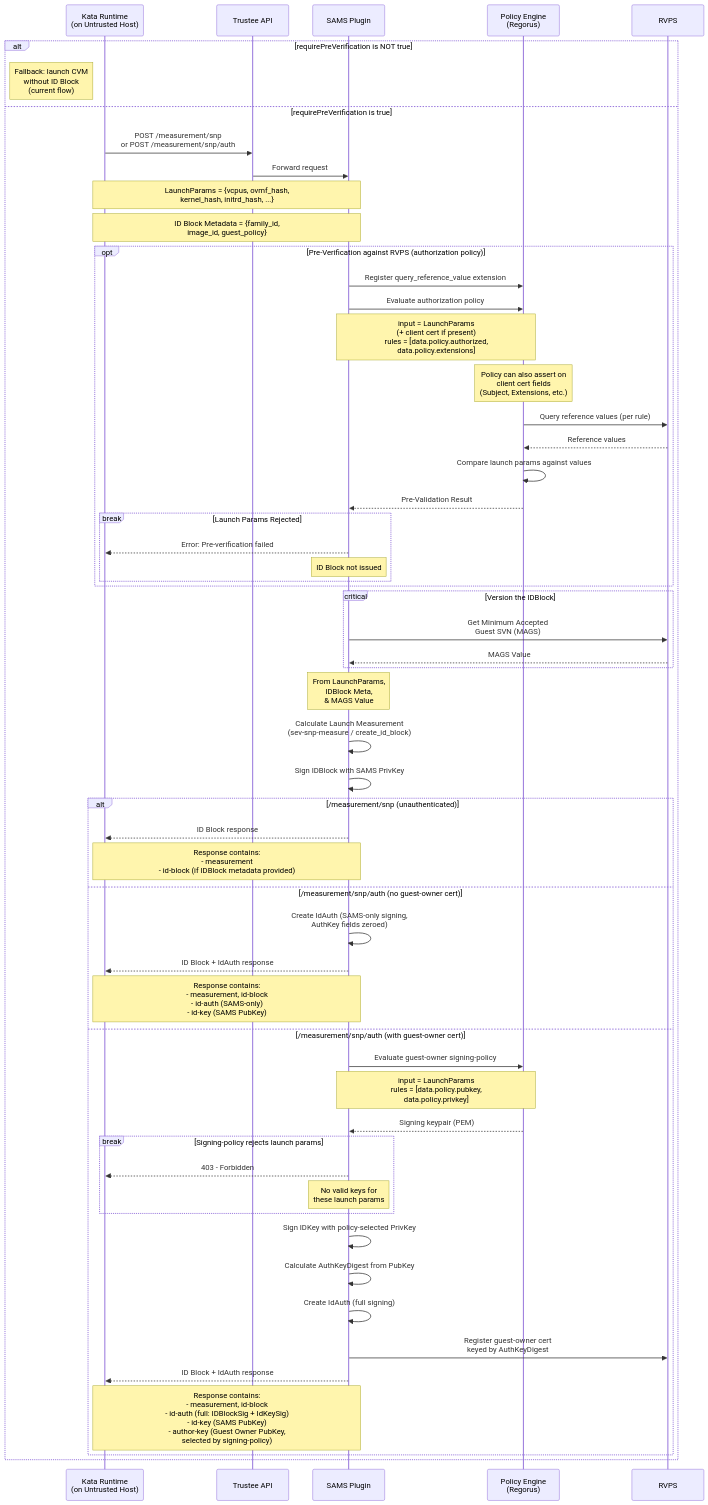
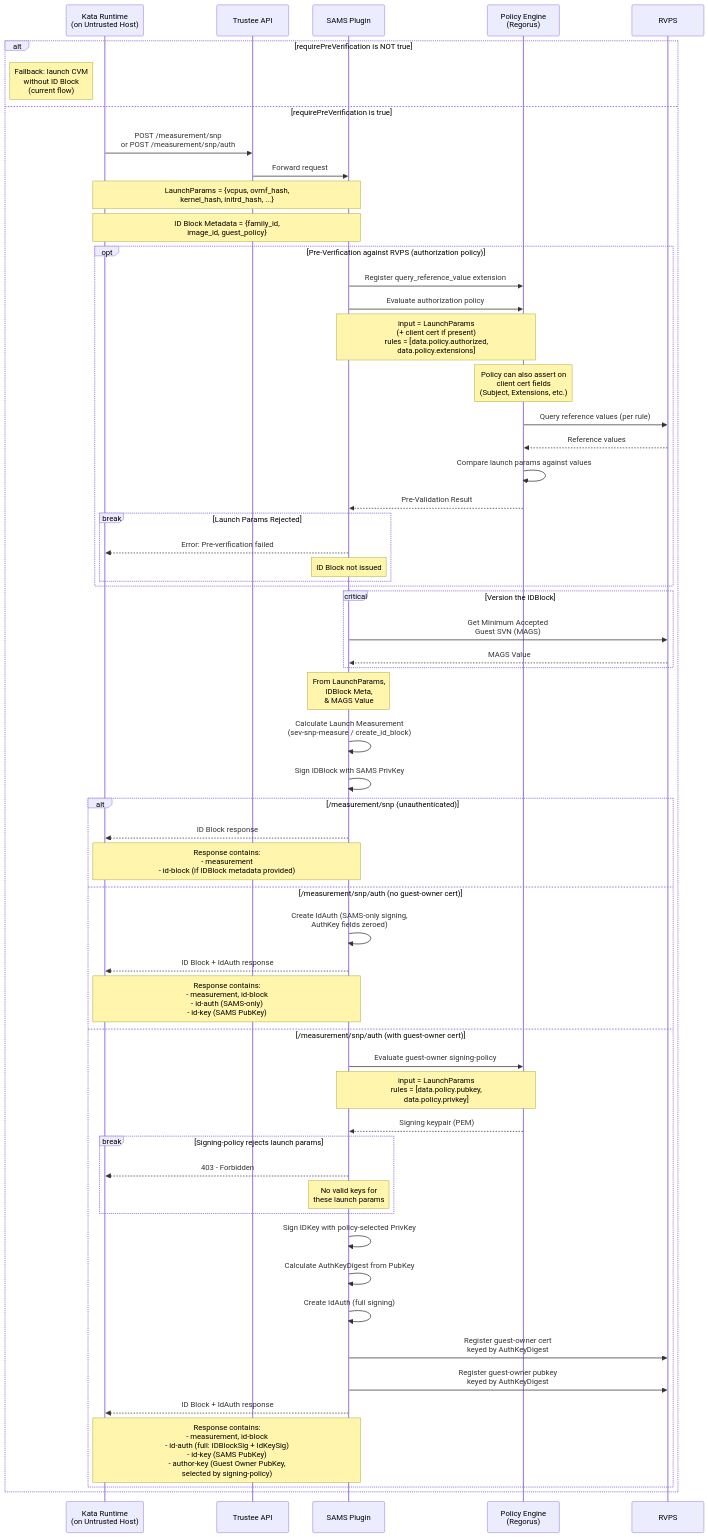
One commit to amd-cmaxwell/trustee changed the second of 6 diagrams in kbs/src/plugins/implementations/sams/README.md. Above: the diagram before and after it, drawn with Mermaid. The commit also changed other lines of this file and 10 other files, not shown here.

First line of the commit message:
kbs: add SAMS key endorsement verification to attestation flow

````diff
--- a/kbs/src/plugins/implementations/sams/README.md
+++ b/kbs/src/plugins/implementations/sams/README.md
@@ -282,64 +284,65 @@
 ```mermaid
 sequenceDiagram
     participant kata_runtime as Kata Runtime<br>(on Untrusted Host)
     participant api as Trustee API
     participant sams as SAMS Plugin
     participant policy_engine as Policy Engine<br>(Regorus)
     participant rvps as RVPS
 
     alt requirePreVerification is NOT true
         note left of kata_runtime: Fallback: launch CVM<br>without ID Block<br>(current flow)
     else requirePreVerification is true
         kata_runtime ->> api: POST /measurement/snp<br>or POST /measurement/snp/auth
         api ->> sams: Forward request
 
         note over kata_runtime, sams: LaunchParams = {vcpus, ovmf_hash,<br>kernel_hash, initrd_hash, ...}
         note over kata_runtime, sams: ID Block Metadata = {family_id,<br>image_id, guest_policy}
 
         opt Pre-Verification against RVPS (authorization policy)
             sams ->> policy_engine: Register query_reference_value extension
             sams ->> policy_engine: Evaluate authorization policy
             note over sams, policy_engine: input = LaunchParams<br>(+ client cert if present)<br>rules = [data.policy.authorized,<br>data.policy.extensions]
             note over policy_engine: Policy can also assert on<br>client cert fields<br>(Subject, Extensions, etc.)
             policy_engine ->> rvps: Query reference values (per rule)
             rvps -->> policy_engine: Reference values
             policy_engine ->> policy_engine: Compare launch params against values
             policy_engine -->> sams: Pre-Validation Result
             break Launch Params Rejected
                 sams -->> kata_runtime: Error: Pre-verification failed
                 note over sams: ID Block not issued
             end
         end
 
         critical Version the IDBlock
             sams ->> rvps: Get Minimum Accepted <br>Guest SVN (MAGS)
             rvps -->> sams: MAGS Value
         end
         note over sams: From LaunchParams,<br> IDBlock Meta,<br> & MAGS Value
         sams ->> sams: Calculate Launch Measurement<br>(sev-snp-measure / create_id_block)
         sams ->> sams: Sign IDBlock with SAMS PrivKey
 
         alt /measurement/snp (unauthenticated)
             sams -->> kata_runtime: ID Block response
             note over sams, kata_runtime: Response contains:<br>- measurement<br>- id-block (if IDBlock metadata provided)
         else /measurement/snp/auth (no guest-owner cert)
             sams ->> sams: Create IdAuth (SAMS-only signing,<br>AuthKey fields zeroed)
             sams -->> kata_runtime: ID Block + IdAuth response
             note over sams, kata_runtime: Response contains:<br>- measurement, id-block<br>- id-auth (SAMS-only)<br>- id-key (SAMS PubKey)
         else /measurement/snp/auth (with guest-owner cert)
             sams ->> policy_engine: Evaluate guest-owner signing-policy
             note over sams, policy_engine: input = LaunchParams<br>rules = [data.policy.pubkey,<br>data.policy.privkey]
             policy_engine -->> sams: Signing keypair (PEM)
             break Signing-policy rejects launch params
                 sams -->> kata_runtime: 403 - Forbidden
                 note over sams: No valid keys for<br>these launch params
             end
             sams ->> sams: Sign IDKey with policy-selected PrivKey
             sams ->> sams: Calculate AuthKeyDigest from PubKey
             sams ->> sams: Create IdAuth (full signing)
             sams ->> rvps: Register guest-owner cert<br>keyed by AuthKeyDigest
+            sams ->> rvps: Register guest-owner pubkey<br>keyed by AuthKeyDigest
             sams -->> kata_runtime: ID Block + IdAuth response
             note over sams, kata_runtime: Response contains:<br>- measurement, id-block<br>- id-auth (full: IDBlockSig + IdKeySig)<br>- id-key (SAMS PubKey)<br>- author-key (Guest Owner PubKey,<br>  selected by signing-policy)
         end
     end
 ```
````
